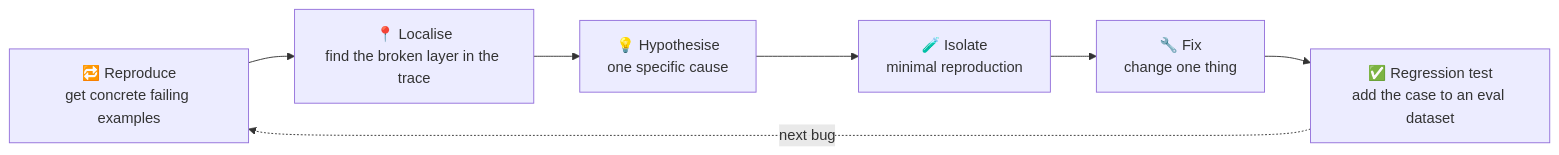
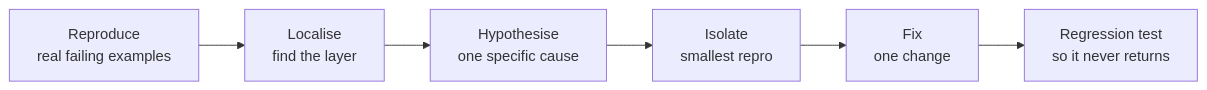
One commit to shivashankarhatkar/GraphSmith- changed the seventh of 7 diagrams in notes/module-0.0.md. Above: the diagram before and after it, drawn with Mermaid. The commit also changed other lines of this file, not shown here.

````diff
--- a/notes/module-0.0.md
+++ b/notes/module-0.0.md
@@ -549,9 +271,8 @@
 ```mermaid
 flowchart LR
-    R["🔁 Reproduce<br/>get concrete failing examples"] --> L["📍 Localise<br/>find the broken layer in the trace"]
-    L --> H["💡 Hypothesise<br/>one specific cause"]
-    H --> I["🧪 Isolate<br/>minimal reproduction"]
-    I --> F["🔧 Fix<br/>change one thing"]
-    F --> RT["✅ Regression test<br/>add the case to an eval dataset"]
-    RT -.->|"next bug"| R
+    R["Reproduce<br/>real failing examples"] --> L["Localise<br/>find the layer"]
+    L --> H["Hypothesise<br/>one specific cause"]
+    H --> I["Isolate<br/>smallest repro"]
+    I --> F["Fix<br/>one change"]
+    F --> T["Regression test<br/>so it never returns"]
 ```
````
